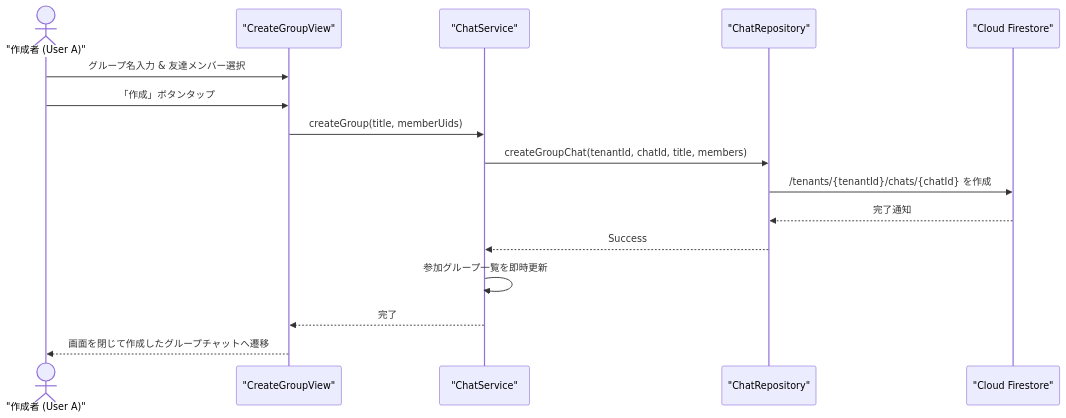
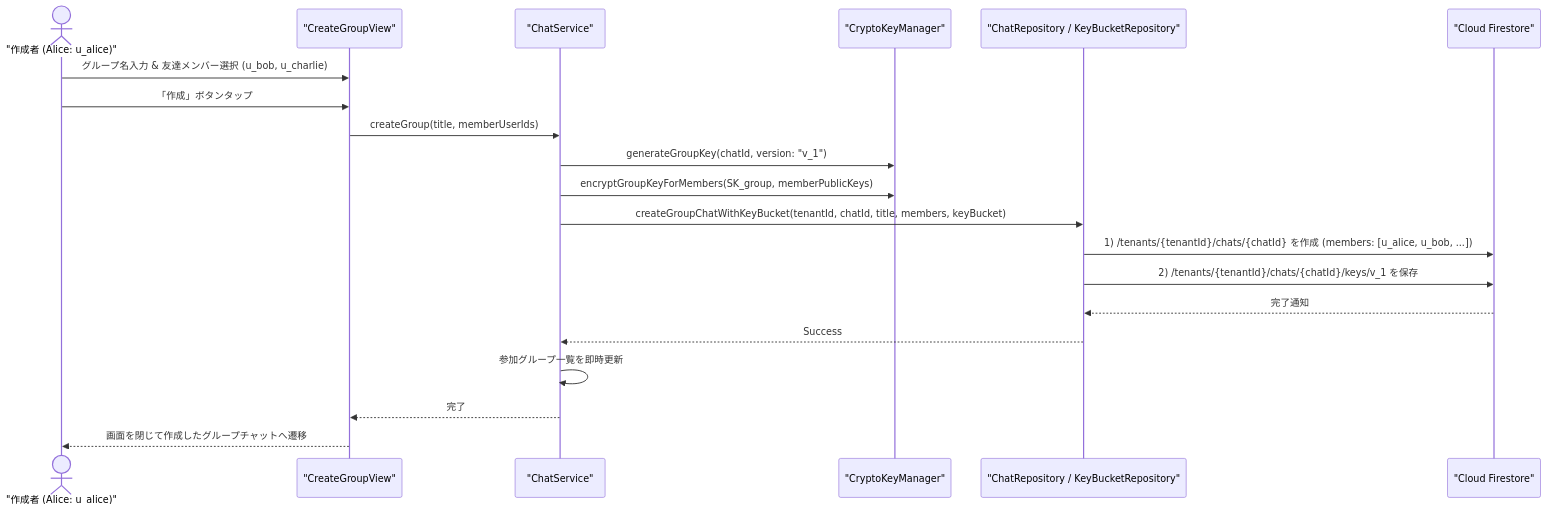
The diagram in doc/07-detailed-usecases/07-12-group-chat.md (kantowork/friends), drawn with Mermaid before and after one commit. The commit also changed other lines of this file and 36 other files, not shown here.

Commit message:
refactor: normalize UID terminology and modernize CreateGroupView UI while refining Firestore message persistence logic

````diff
--- a/doc/07-detailed-usecases/07-12-group-chat.md
+++ b/doc/07-detailed-usecases/07-12-group-chat.md
@@ -82,19 +105,23 @@
 ```mermaid
 sequenceDiagram
-    actor Creator as "作成者 (User A)"
+    actor Creator as "作成者 (Alice: u_alice)"
     participant View as "CreateGroupView"
     participant Service as "ChatService"
-    participant Repo as "ChatRepository"
+    participant Crypto as "CryptoKeyManager"
+    participant Repo as "ChatRepository / KeyBucketRepository"
     participant Firestore as "Cloud Firestore"
 
-    Creator->>View: グループ名入力 & 友達メンバー選択
+    Creator->>View: グループ名入力 & 友達メンバー選択 (u_bob, u_charlie)
     Creator->>View: 「作成」ボタンタップ
-    View->>Service: createGroup(title, memberUids)
-    Service->>Repo: createGroupChat(tenantId, chatId, title, members)
-    Repo->>Firestore: /tenants/{tenantId}/chats/{chatId} を作成
+    View->>Service: createGroup(title, memberUserIds)
+    Service->>Crypto: generateGroupKey(chatId, version: "v_1")
+    Service->>Crypto: encryptGroupKeyForMembers(SK_group, memberPublicKeys)
+    Service->>Repo: createGroupChatWithKeyBucket(tenantId, chatId, title, members, keyBucket)
+    Repo->>Firestore: 1) /tenants/{tenantId}/chats/{chatId} を作成 (members: [u_alice, u_bob, ...])
+    Repo->>Firestore: 2) /tenants/{tenantId}/chats/{chatId}/keys/v_1 を保存
     Firestore-->>Repo: 完了通知
     Repo-->>Service: Success
     Service->>Service: 参加グループ一覧を即時更新
     Service-->>View: 完了
     View-->>Creator: 画面を閉じて作成したグループチャットへ遷移
 ```
````
